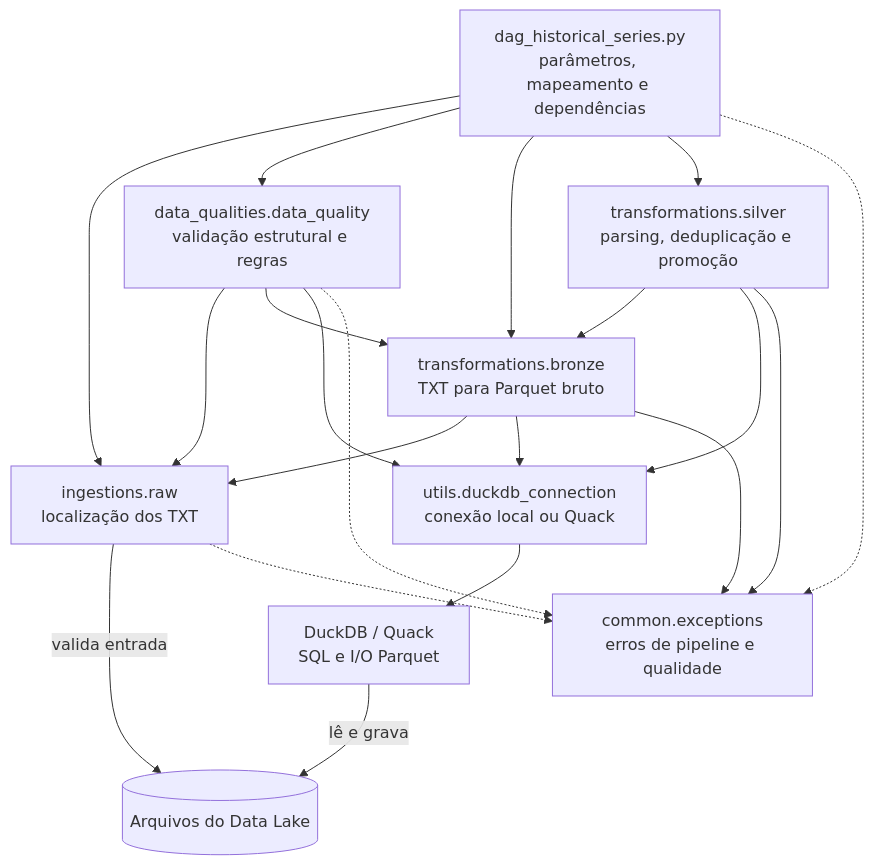
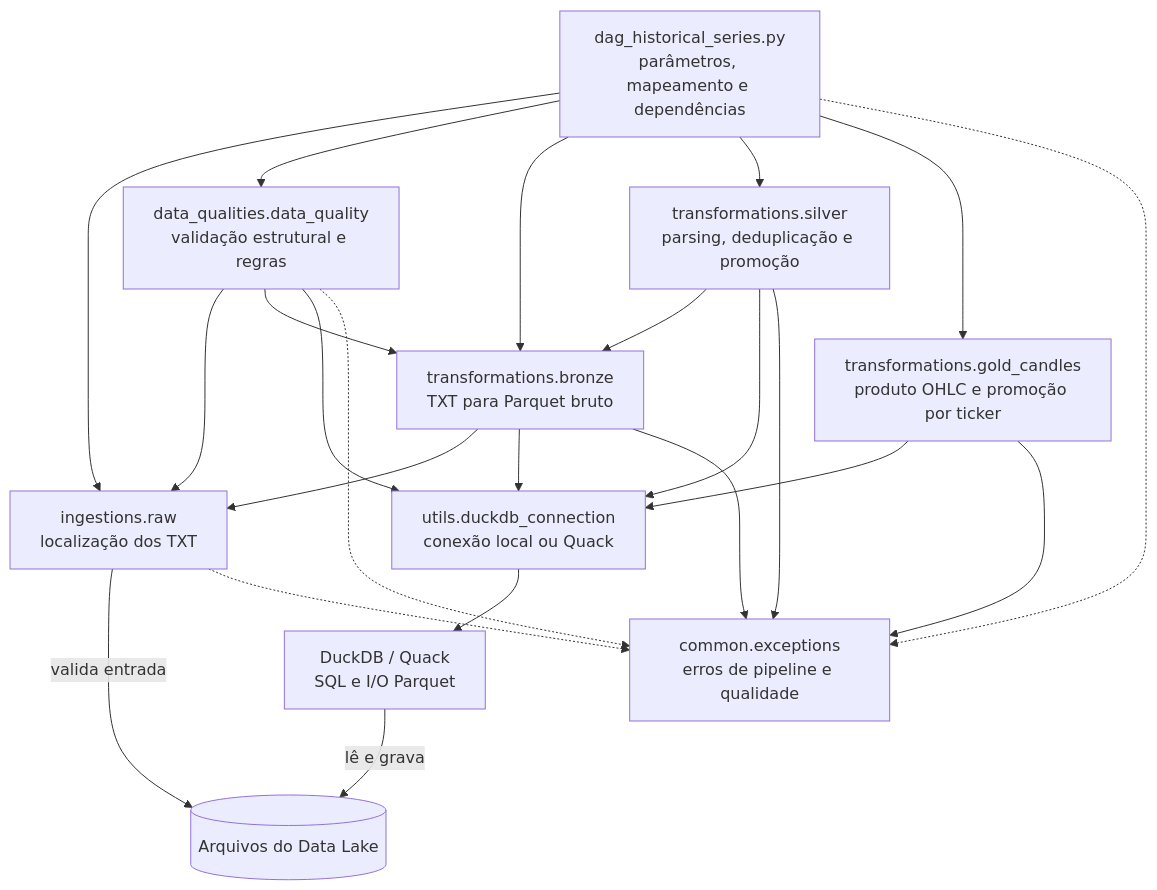
One commit to BiellBatista/Python.DataEngineering changed the second of 2 diagrams in B3-Pipelines/docs/historical-series/diagrama-componentes.md. Above: the diagram before and after it, drawn with Mermaid. The commit also changed other lines of this file and 31 other files, not shown here.

First line of the commit message:
feat: add Gold layer for candles in B3-Pipelines

````diff
--- a/B3-Pipelines/docs/historical-series/diagrama-componentes.md
+++ b/B3-Pipelines/docs/historical-series/diagrama-componentes.md
@@ -40,32 +40,36 @@
 ```mermaid
 flowchart TB
     DAG["dag_historical_series.py<br/>parâmetros, mapeamento e dependências"]
     Raw["ingestions.raw<br/>localização dos TXT"]
     DQ["data_qualities.data_quality<br/>validação estrutural e regras"]
     Bronze["transformations.bronze<br/>TXT para Parquet bruto"]
     Silver["transformations.silver<br/>parsing, deduplicação e promoção"]
+    Gold["transformations.gold_candles<br/>produto OHLC e promoção por ticker"]
     Connection["utils.duckdb_connection<br/>conexão local ou Quack"]
     Lake[("Arquivos do Data Lake")]
     Engine["DuckDB / Quack<br/>SQL e I/O Parquet"]
     Errors["common.exceptions<br/>erros de pipeline e qualidade"]
 
     DAG --> Raw
     DAG --> DQ
     DAG --> Bronze
     DAG --> Silver
+    DAG --> Gold
     DQ --> Raw
     DQ --> Bronze
     DQ --> Connection
     Bronze --> Raw
     Bronze --> Connection
     Bronze --> Errors
     Silver --> Bronze
     Silver --> Connection
     Silver --> Errors
+    Gold --> Connection
+    Gold --> Errors
     Raw -->|"valida entrada"| Lake
     Connection --> Engine
     Engine -->|"lê e grava"| Lake
     DAG -.-> Errors
     Raw -.-> Errors
     DQ -.-> Errors
 ```
````
